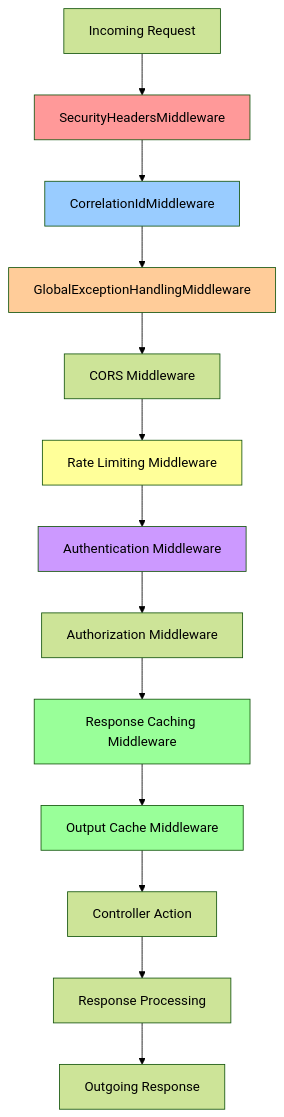
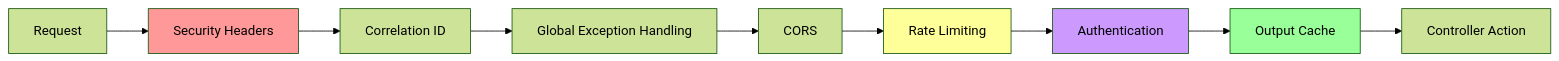
Before and after one commit to JonathanHidalgoN/RealTimeTransactionMonitoring: the diagram in docs/api/middleware-architecture.md, drawn with Mermaid (forest theme). The commit also changed other lines of this file and 3 other files, not shown here.

````diff
--- a/docs/api/middleware-architecture.md
+++ b/docs/api/middleware-architecture.md
@@ -9,23 +9,16 @@
 ```mermaid
-graph TD
-    A[Incoming Request] --> B[SecurityHeadersMiddleware]
-    B --> C[CorrelationIdMiddleware]
-    C --> D[GlobalExceptionHandlingMiddleware]
-    D --> E[CORS Middleware]
-    E --> F[Rate Limiting Middleware]
-    F --> G[Authentication Middleware]
-    G --> H[Authorization Middleware]
-    H --> I[Response Caching Middleware]
-    I --> J[Output Cache Middleware]
-    J --> K[Controller Action]
-    K --> L[Response Processing]
-    L --> M[Outgoing Response]
-
+graph LR
+    A[Request] --> B[Security Headers]
+    B --> C[Correlation ID]
+    C --> D[Global Exception Handling]
+    D --> E[CORS]
+    E --> F[Rate Limiting]
+    F --> G[Authentication]
+    G --> H[Output Cache]
+    H --> I[Controller Action]
+    
     style B fill:#ff9999
-    style C fill:#99ccff
-    style D fill:#ffcc99
     style F fill:#ffff99
     style G fill:#cc99ff
-    style I fill:#99ff99
-    style J fill:#99ff99
+    style H fill:#99ff99
 ```
````
